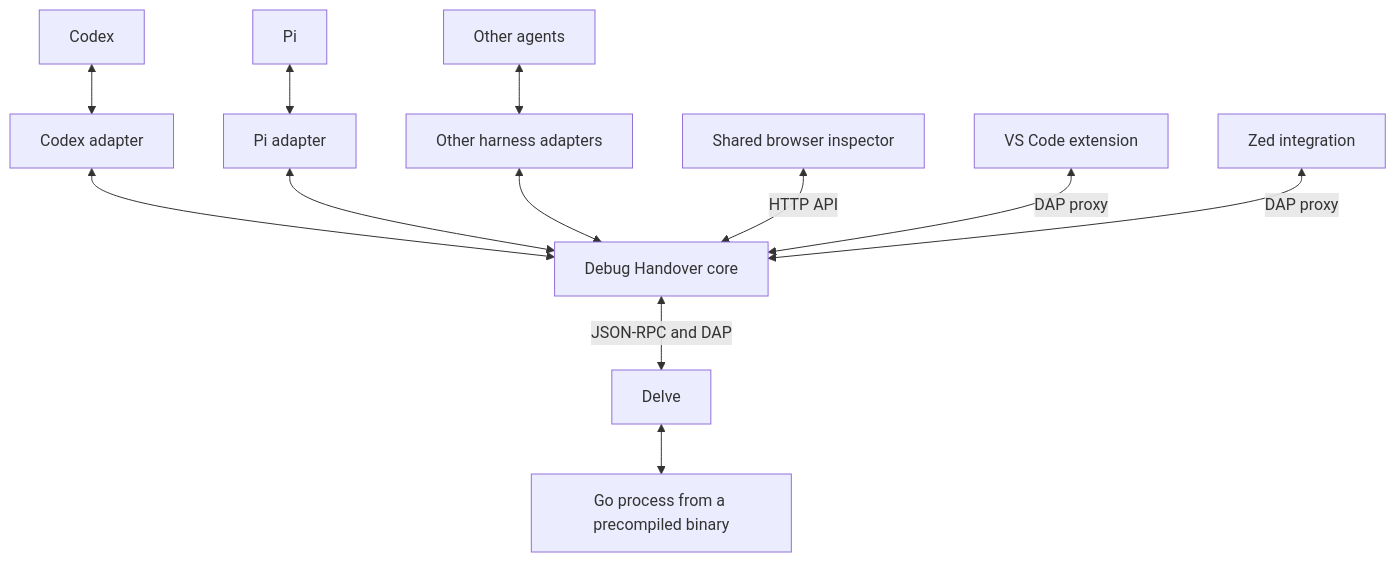
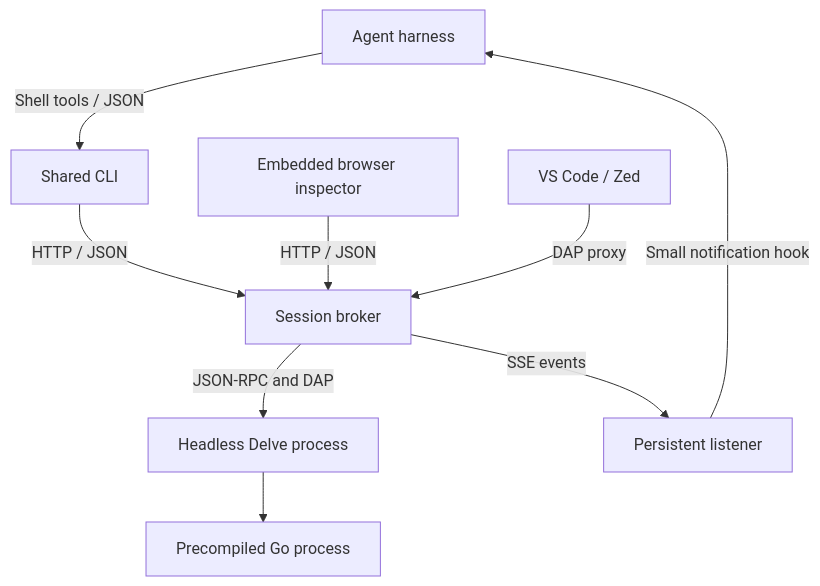
The diagram in docs/architecture.md (javiermolinar/Brote), drawn with Mermaid before and after one commit. The commit also changed other lines of this file and 64 other files, not shown here.

Commit message:
Add multi-agent debug handover, session management, and three-pane inspector

````diff
--- a/docs/architecture.md
+++ b/docs/architecture.md
@@ -7,14 +3,11 @@
 ```mermaid
 flowchart TB
-    Codex <--> CA[Codex adapter]
-    Pi <--> PA[Pi adapter]
-    Other[Other agents] <--> OA[Other harness adapters]
-    CA <--> Core[Debug Handover core]
-    PA <--> Core
-    OA <--> Core
-    Inspector[Shared browser inspector] <-->|HTTP API| Core
-    VSCode[VS Code extension] <-->|DAP proxy| Core
-    Zed[Zed integration] <-->|DAP proxy| Core
-    Core <-->|JSON-RPC and DAP| Delve
-    Delve <--> Process[Go process from a precompiled binary]
+  Agent[Agent harness] -->|Shell tools / JSON| CLI[Shared CLI]
+  CLI -->|HTTP / JSON| Broker[Session broker]
+  Browser[Embedded browser inspector] -->|HTTP / JSON| Broker
+  Editor[VS Code / Zed] -->|DAP proxy| Broker
+  Broker -->|JSON-RPC and DAP| Delve[Headless Delve process]
+  Delve --> Target[Precompiled Go process]
+  Broker -->|SSE events| Listener[Persistent listener]
+  Listener -->|Small notification hook| Agent
 ```
````
